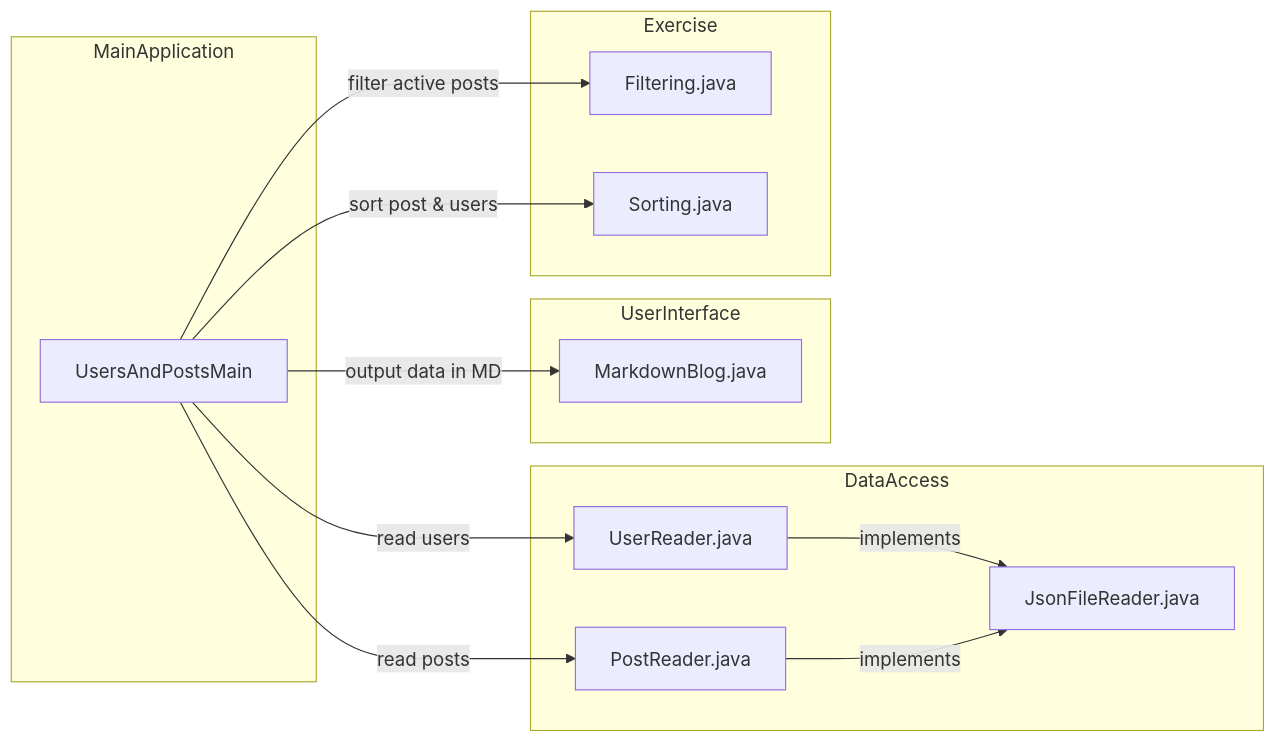
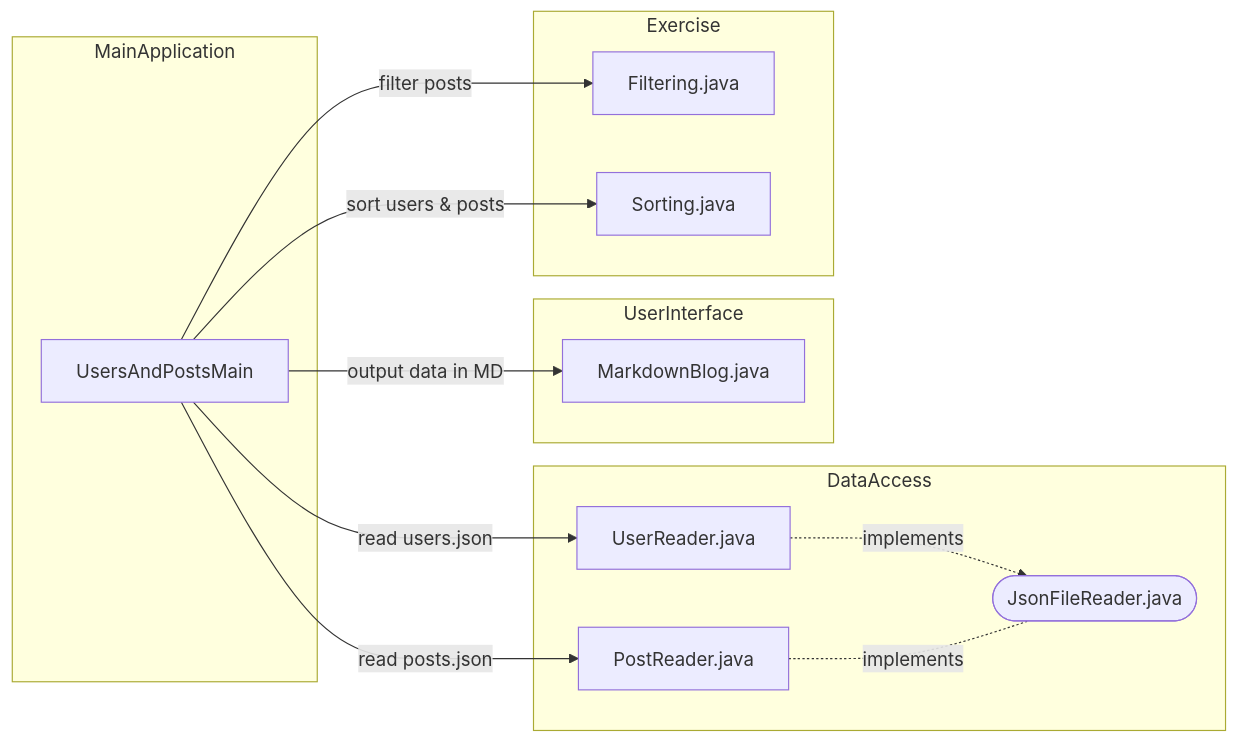
One commit to ohjelmointi2/sorting-and-filtering changed the first of 2 diagrams in README.md. Above: the diagram before and after it, drawn with Mermaid. The commit also changed other lines of this file, not shown here.

````diff
--- a/README.md
+++ b/README.md
@@ -66,25 +72,30 @@
 ```mermaid
 graph LR
 
 subgraph MainApplication
   UsersAndPostsMain
 end
 
 subgraph DataAccess
-  UsersAndPostsMain --> |read users| UserReader.java
-  UsersAndPostsMain --> |read posts| PostReader.java
-
-  UserReader.java --> |implements| JsonFileReader.java
-  PostReader.java --> |implements| JsonFileReader.java
+  JsonFileReader.java([JsonFileReader.java])
+  UserReader.java -.-> |implements| JsonFileReader.java
+  PostReader.java -.- |implements| JsonFileReader.java
 end
 
 subgraph UserInterface
-  UsersAndPostsMain --> |output data in MD| MarkdownBlog.java
+  MarkdownBlog.java
 end
 
 subgraph Exercise
-  UsersAndPostsMain --> |filter active posts| Filtering.java
+  Filtering.java
+  Sorting.java
+end
 
-  UsersAndPostsMain --> |sort post & users| Sorting.java
-end
+UsersAndPostsMain --> |read users.json| UserReader.java
+UsersAndPostsMain --> |read posts.json| PostReader.java
+
+UsersAndPostsMain --> |filter posts| Filtering.java
+UsersAndPostsMain --> |sort users & posts| Sorting.java
+
+UsersAndPostsMain --> |output data in MD| MarkdownBlog.java
 ```
````
